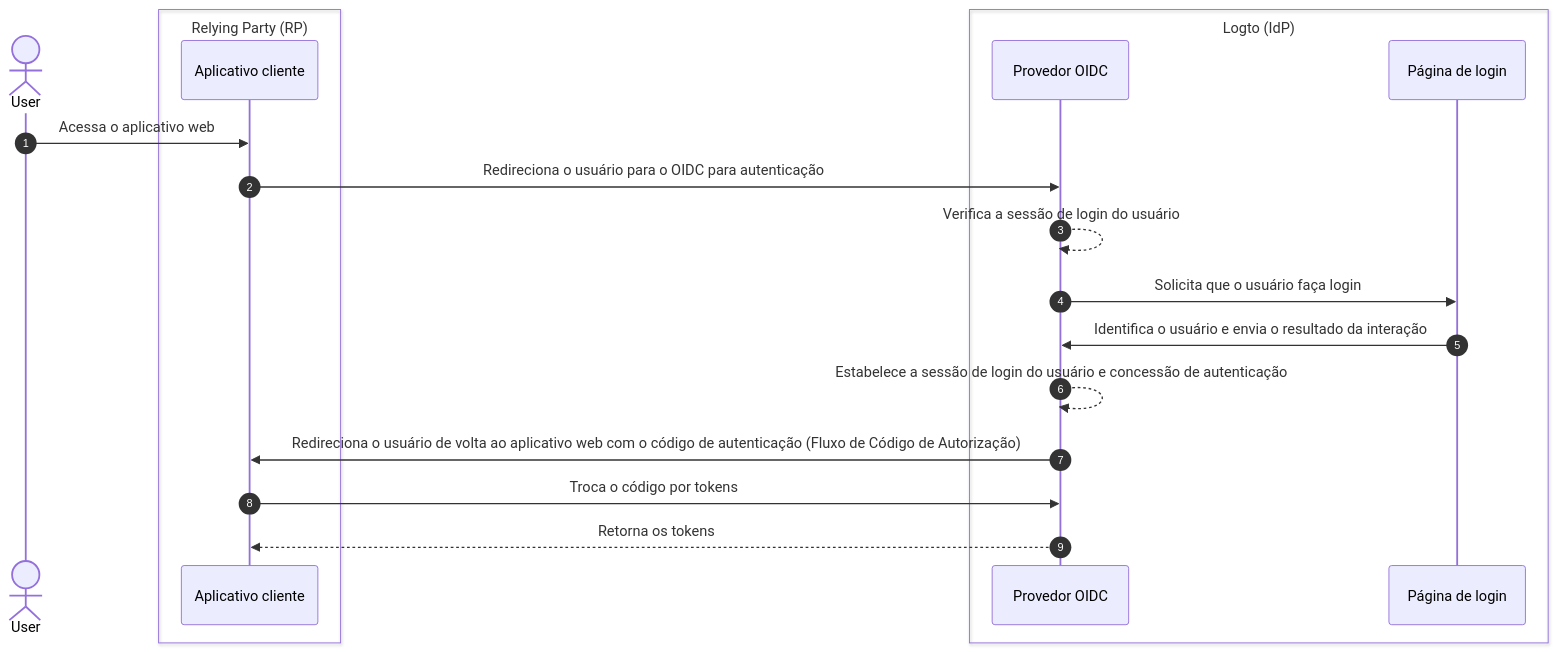
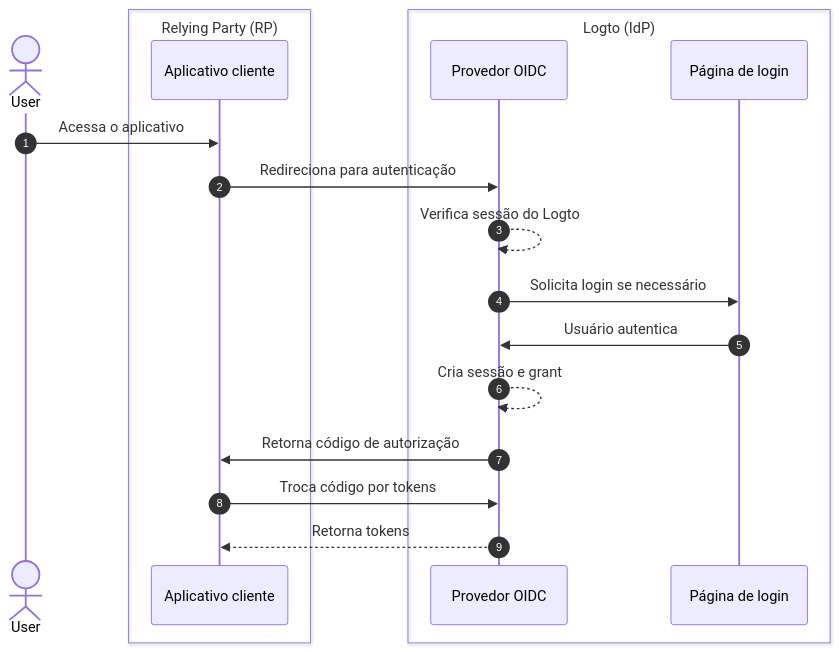
The second of 5 diagrams in i18n/pt-BR/docusaurus-plugin-content-docs/current/end-user-flows/sign-out.mdx (logto-io/docs), drawn with Mermaid before and after one commit. The commit also changed other lines of this file and 74 other files, not shown here.

````diff
--- a/i18n/pt-BR/docusaurus-plugin-content-docs/current/end-user-flows/sign-out.mdx
+++ b/i18n/pt-BR/docusaurus-plugin-content-docs/current/end-user-flows/sign-out.mdx
@@ -13,24 +62,24 @@
 ```mermaid
-  sequenceDiagram
-    autonumber
-    actor User
+sequenceDiagram
+  autonumber
+  actor User
 
-    box Relying Party (RP)
-      participant Client as Aplicativo cliente
-    end
+  box Relying Party (RP)
+    participant Client as Aplicativo cliente
+  end
 
-    box Logto (IdP)
-      participant OIDC as Provedor OIDC
-      participant SignIn as Página de login
-    end
+  box Logto (IdP)
+    participant OIDC as Provedor OIDC
+    participant SignIn as Página de login
+  end
 
-    User ->> Client: Acessa o aplicativo web
-    Client ->> OIDC: Redireciona o usuário para o OIDC para autenticação
-    OIDC -->> OIDC: Verifica a sessão de login do usuário
-    OIDC ->> SignIn: Solicita que o usuário faça login
-    SignIn ->> OIDC: Identifica o usuário e envia o resultado da interação
-    OIDC -->> OIDC: Estabelece a sessão de login do usuário e concessão de autenticação
-    OIDC ->> Client: Redireciona o usuário de volta ao aplicativo web com o código de autenticação (Fluxo de Código de Autorização)
-    Client ->> OIDC: Troca o código por tokens
-    OIDC -->> Client: Retorna os tokens
+  User ->> Client: Acessa o aplicativo
+  Client ->> OIDC: Redireciona para autenticação
+  OIDC -->> OIDC: Verifica sessão do Logto
+  OIDC ->> SignIn: Solicita login se necessário
+  SignIn ->> OIDC: Usuário autentica
+  OIDC -->> OIDC: Cria sessão e grant
+  OIDC ->> Client: Retorna código de autorização
+  Client ->> OIDC: Troca código por tokens
+  OIDC -->> Client: Retorna tokens
 ```
````
